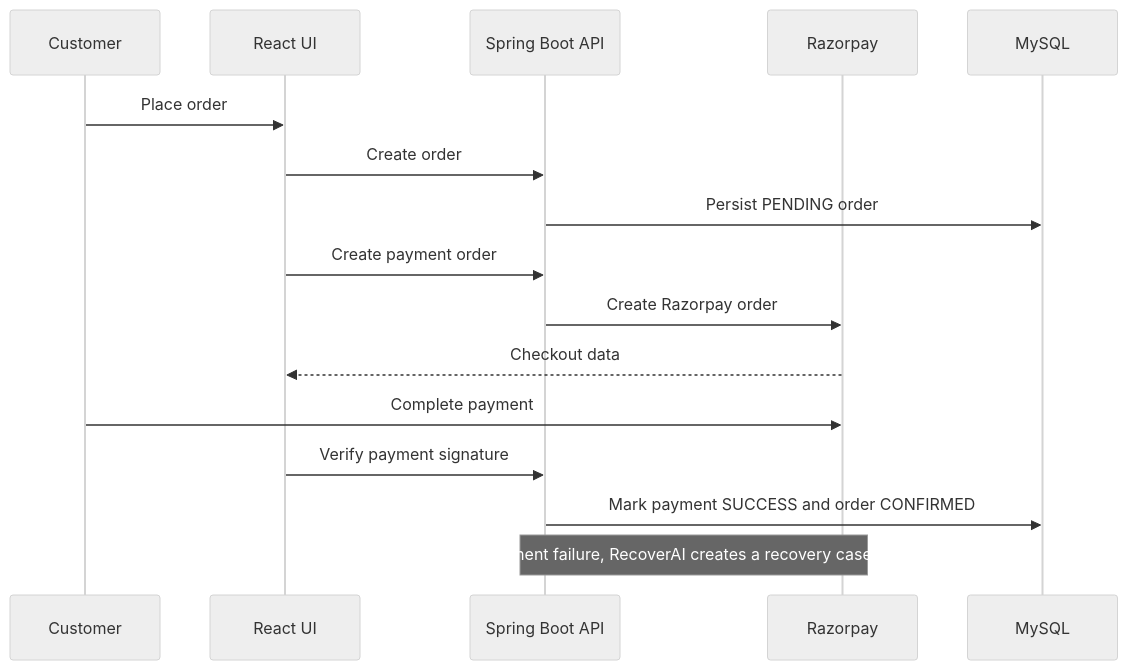
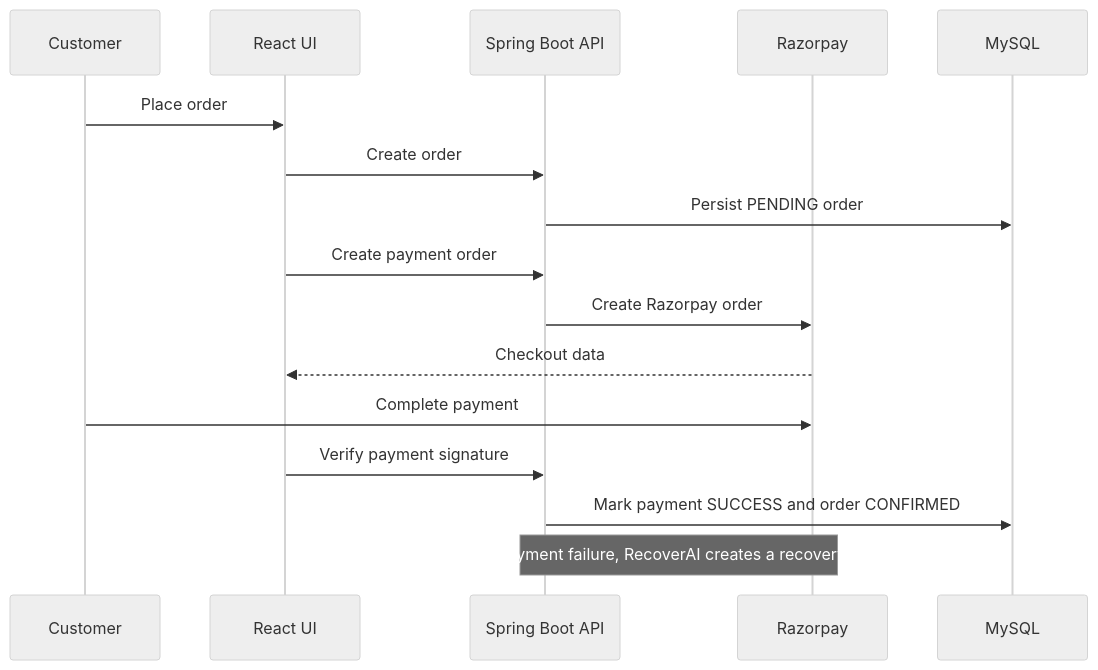
Before and after one commit to swatipathak770/nexcart: the second of 3 diagrams in README.md, drawn with Mermaid (neutral theme). The commit also changed other lines of this file and 103 other files, not shown here.

````diff
--- a/README.md
+++ b/README.md
@@ -86,19 +136,19 @@
 ```mermaid
 sequenceDiagram
     participant Customer
     participant UI as React UI
     participant API as Spring Boot API
     participant Razorpay
     participant DB as MySQL
 
     Customer->>UI: Place order
     UI->>API: Create order
     API->>DB: Persist PENDING order
     UI->>API: Create payment order
     API->>Razorpay: Create Razorpay order
     Razorpay-->>UI: Checkout data
     Customer->>Razorpay: Complete payment
     UI->>API: Verify payment signature
     API->>DB: Mark payment SUCCESS and order CONFIRMED
-    Note over API,Razorpay: On payment failure, RecoverAI creates a recovery case instead
+    Note over API,Razorpay: On payment failure, RecoverAI creates a recovery case
 ```
````
